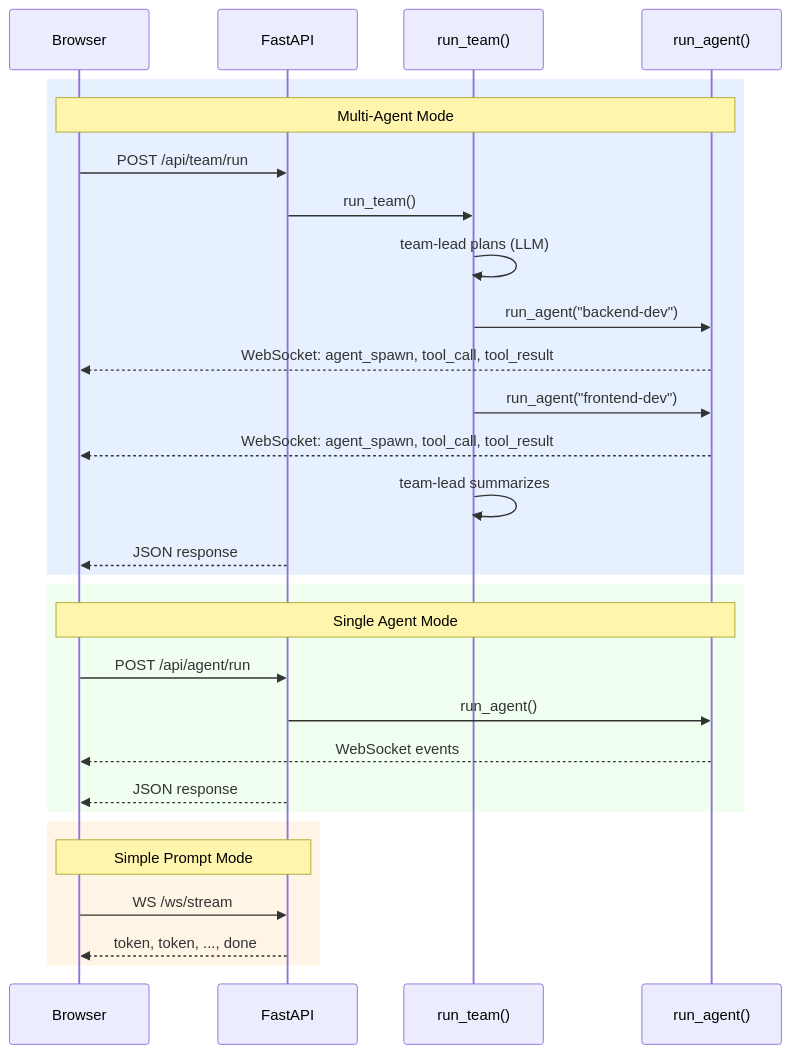
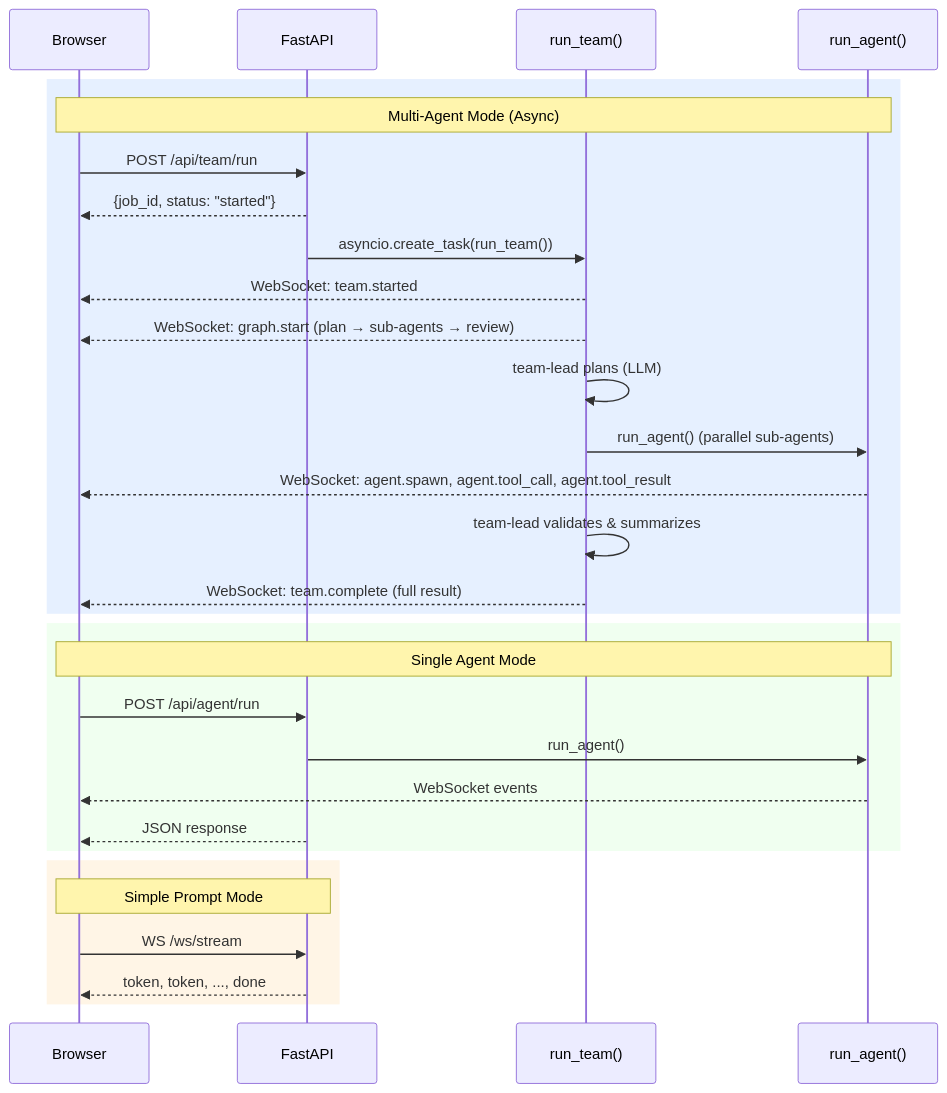
Before and after one commit to pjcau/agent-orchestrator: the third of 5 diagrams in docs/components.md, drawn with Mermaid. The commit also changed 3 other files, not shown here.

First line of the commit message:
feat: async team run with job eviction and updated docs

````diff
--- a/docs/components.md
+++ b/docs/components.md
@@ -94,34 +94,35 @@
 ```mermaid
 sequenceDiagram
     participant B as Browser
     participant F as FastAPI
     participant T as run_team()
     participant A as run_agent()
 
     rect rgb(230, 240, 255)
-        Note over B,A: Multi-Agent Mode
+        Note over B,A: Multi-Agent Mode (Async)
         B->>F: POST /api/team/run
-        F->>T: run_team()
+        F-->>B: {job_id, status: "started"}
+        F->>T: asyncio.create_task(run_team())
+        T-->>B: WebSocket: team.started
+        T-->>B: WebSocket: graph.start (plan → sub-agents → review)
         T->>T: team-lead plans (LLM)
-        T->>A: run_agent("backend-dev")
-        A-->>B: WebSocket: agent_spawn, tool_call, tool_result
-        T->>A: run_agent("frontend-dev")
-        A-->>B: WebSocket: agent_spawn, tool_call, tool_result
-        T->>T: team-lead summarizes
-        F-->>B: JSON response
+        T->>A: run_agent() (parallel sub-agents)
+        A-->>B: WebSocket: agent.spawn, agent.tool_call, agent.tool_result
+        T->>T: team-lead validates & summarizes
+        T-->>B: WebSocket: team.complete (full result)
     end
 
     rect rgb(240, 255, 240)
         Note over B,A: Single Agent Mode
         B->>F: POST /api/agent/run
         F->>A: run_agent()
         A-->>B: WebSocket events
         F-->>B: JSON response
     end
 
     rect rgb(255, 245, 230)
         Note over B,F: Simple Prompt Mode
         B->>F: WS /ws/stream
         F-->>B: token, token, ..., done
     end
 ```
````
